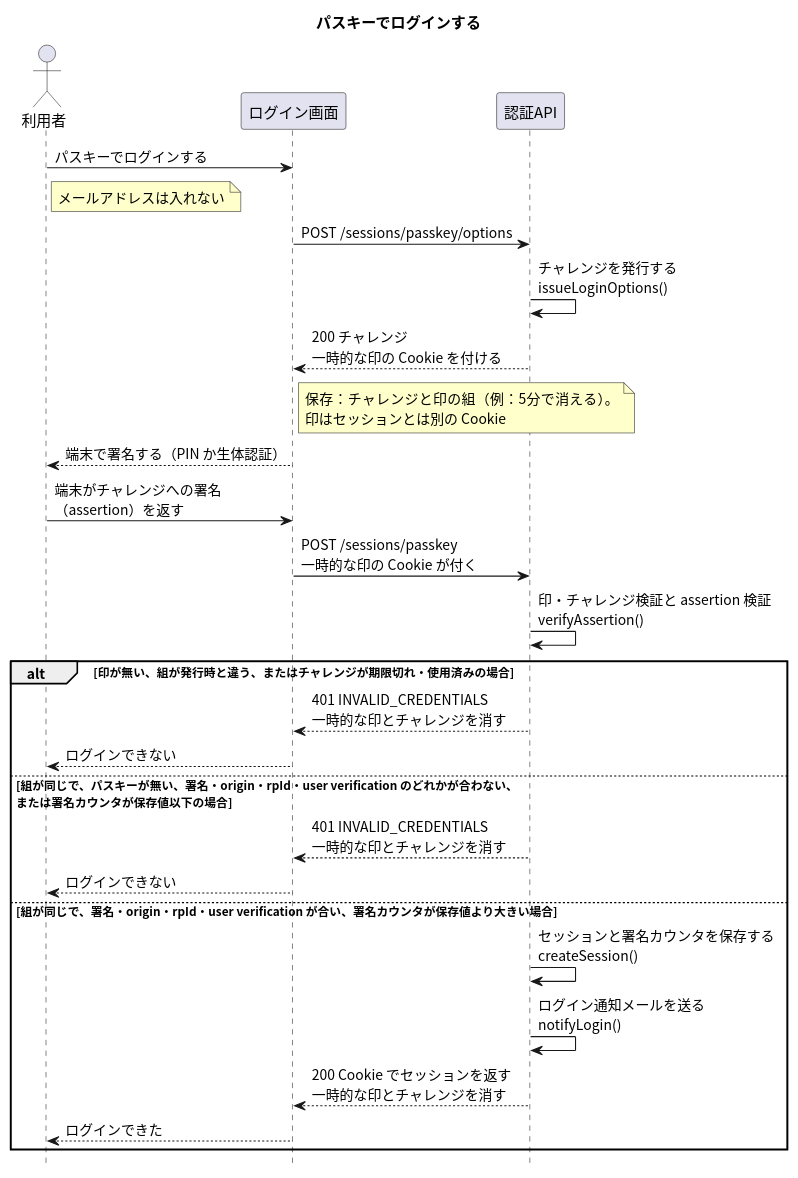
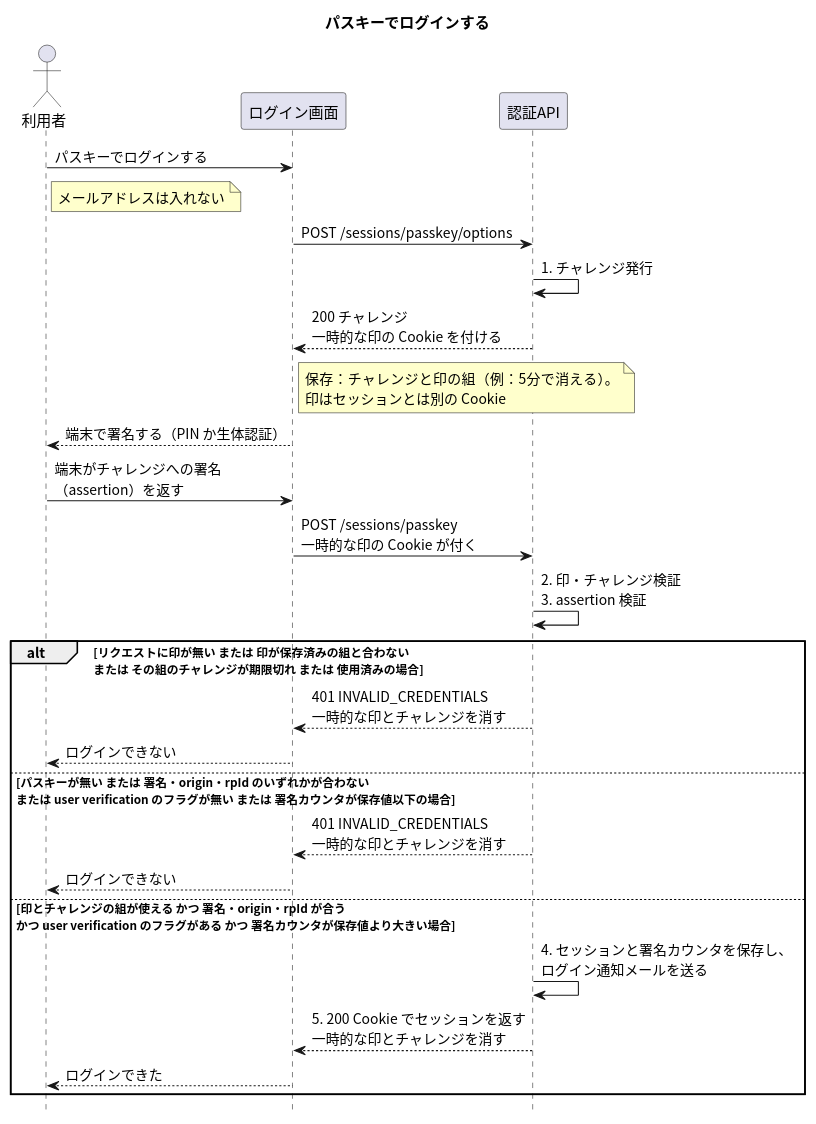
Before and after one commit to masamasamasato/design-doc-template: the diagram in apis/login-passkey/入口.puml, drawn with PlantUML. The commit also changed 40 other files, not shown here.

```diff
--- a/apis/login-passkey/入口.puml
+++ b/apis/login-passkey/入口.puml
@@ -1,36 +1,35 @@
 @startuml
 skinparam shadowing false
 skinparam defaultFontName "Noto Sans CJK JP"
 skinparam SequenceFontName "Noto Sans CJK JP"
 skinparam NoteBackgroundColor #FFFFCC
 hide footbox
 
 title パスキーでログインする
 
 actor "利用者" as User
 participant "ログイン画面" as Screen
 participant "認証API" as API
 
 User -> Screen : パスキーでログインする
 note right of User : メールアドレスは入れない
 Screen -> API : POST /sessions/passkey/options
-API -> API : チャレンジを発行する\nissueLoginOptions()
+API -> API : 1. チャレンジ発行
 API --> Screen : 200 チャレンジ\n一時的な印の Cookie を付ける
 note right of Screen : 保存：チャレンジと印の組（例：5分で消える）。\n印はセッションとは別の Cookie
 Screen --> User : 端末で署名する（PIN か生体認証）
 User -> Screen : 端末がチャレンジへの署名\n（assertion）を返す
 Screen -> API : POST /sessions/passkey\n一時的な印の Cookie が付く
-API -> API : 印・チャレンジ検証と assertion 検証\nverifyAssertion()
-alt 印が無い、組が発行時と違う、またはチャレンジが期限切れ・使用済みの場合
+API -> API : 2. 印・チャレンジ検証\n3. assertion 検証
+alt リクエストに印が無い または 印が保存済みの組と合わない\nまたは その組のチャレンジが期限切れ または 使用済みの場合
   API --> Screen : 401 INVALID_CREDENTIALS\n一時的な印とチャレンジを消す
   Screen --> User : ログインできない
-else 組が同じで、パスキーが無い、署名・origin・rpId・user verification のどれかが合わない、\nまたは署名カウンタが保存値以下の場合
+else パスキーが無い または 署名・origin・rpId のいずれかが合わない\nまたは user verification のフラグが無い または 署名カウンタが保存値以下の場合
   API --> Screen : 401 INVALID_CREDENTIALS\n一時的な印とチャレンジを消す
   Screen --> User : ログインできない
-else 組が同じで、署名・origin・rpId・user verification が合い、署名カウンタが保存値より大きい場合
-  API -> API : セッションと署名カウンタを保存する\ncreateSession()
-  API -> API : ログイン通知メールを送る\nnotifyLogin()
-  API --> Screen : 200 Cookie でセッションを返す\n一時的な印とチャレンジを消す
+else 印とチャレンジの組が使える かつ 署名・origin・rpId が合う\nかつ user verification のフラグがある かつ 署名カウンタが保存値より大きい場合
+  API -> API : 4. セッションと署名カウンタを保存し、\nログイン通知メールを送る
+  API --> Screen : 5. 200 Cookie でセッションを返す\n一時的な印とチャレンジを消す
   Screen --> User : ログインできた
 end
 @enduml
```
